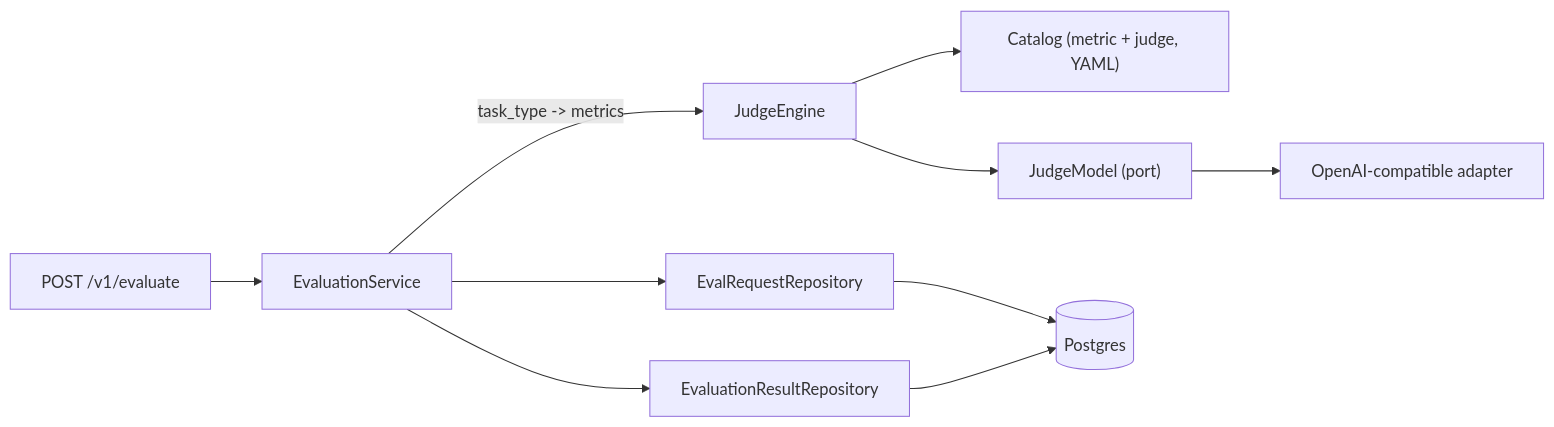
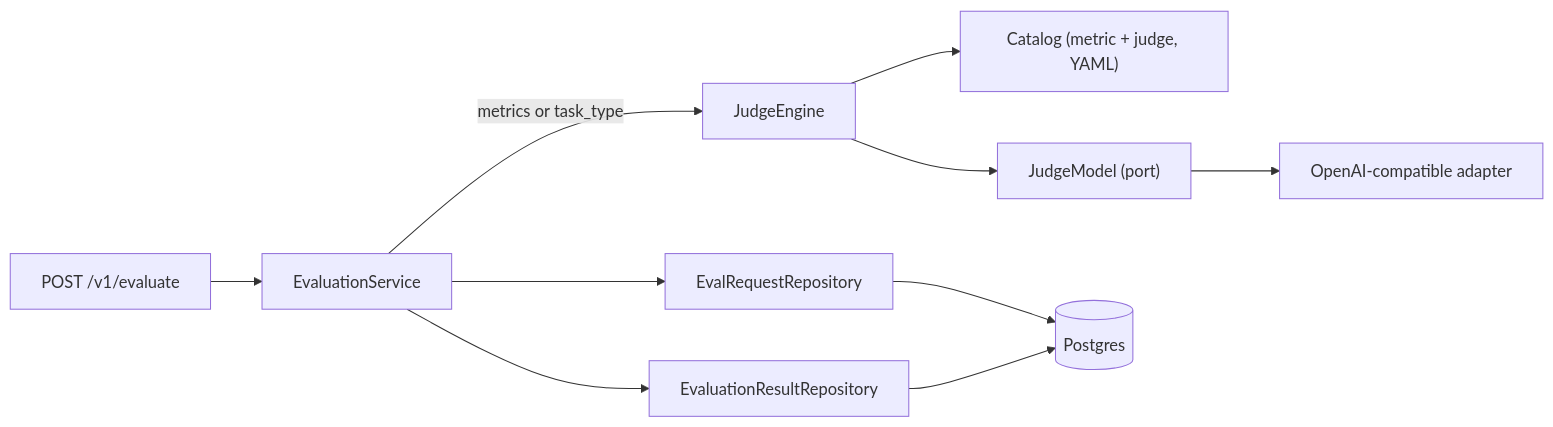
One commit to DimitarAtanassov/arc-eval-service changed the diagram in docs/arc-evaluator.md. Above: the diagram before and after it, drawn with Mermaid. The commit also changed other lines of this file and 1 other file, not shown here.

````diff
--- a/docs/arc-evaluator.md
+++ b/docs/arc-evaluator.md
@@ -18,12 +18,12 @@
 ```mermaid
 flowchart LR
     API["POST /v1/evaluate"] --> SVC["EvaluationService"]
-    SVC -->|task_type -> metrics| ENG["JudgeEngine"]
+    SVC -->|"metrics or task_type"| ENG["JudgeEngine"]
     ENG --> LIB["Catalog (metric + judge, YAML)"]
     ENG --> PORT["JudgeModel (port)"]
     PORT --> OAI["OpenAI-compatible adapter"]
     SVC --> REQ["EvalRequestRepository"]
     SVC --> RES["EvaluationResultRepository"]
     REQ --> DB[("Postgres")]
     RES --> DB
 ```
````
